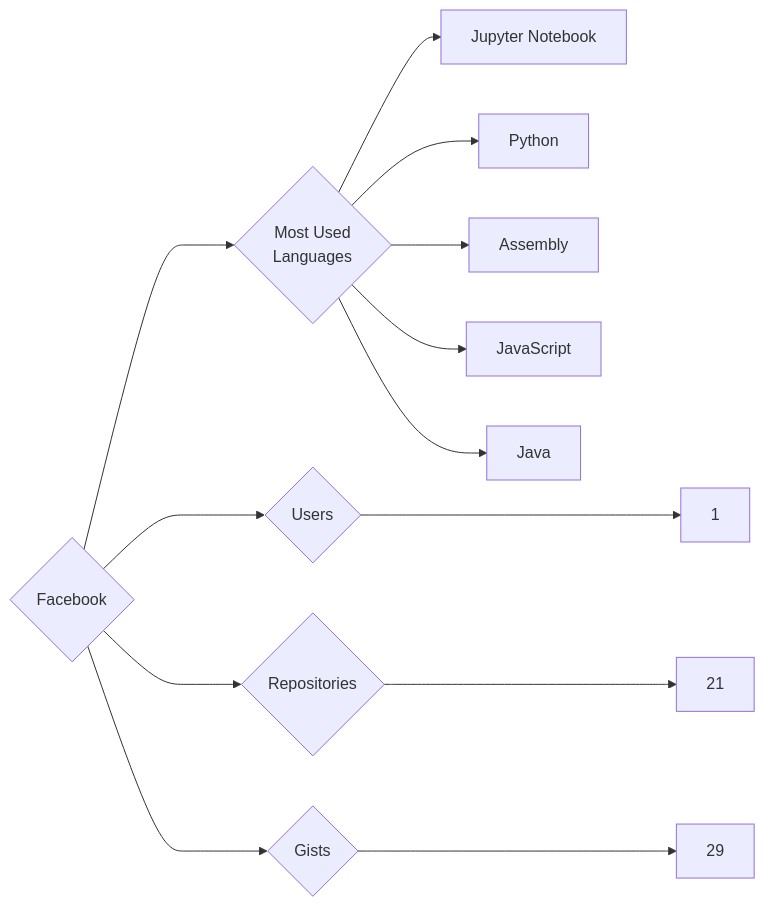
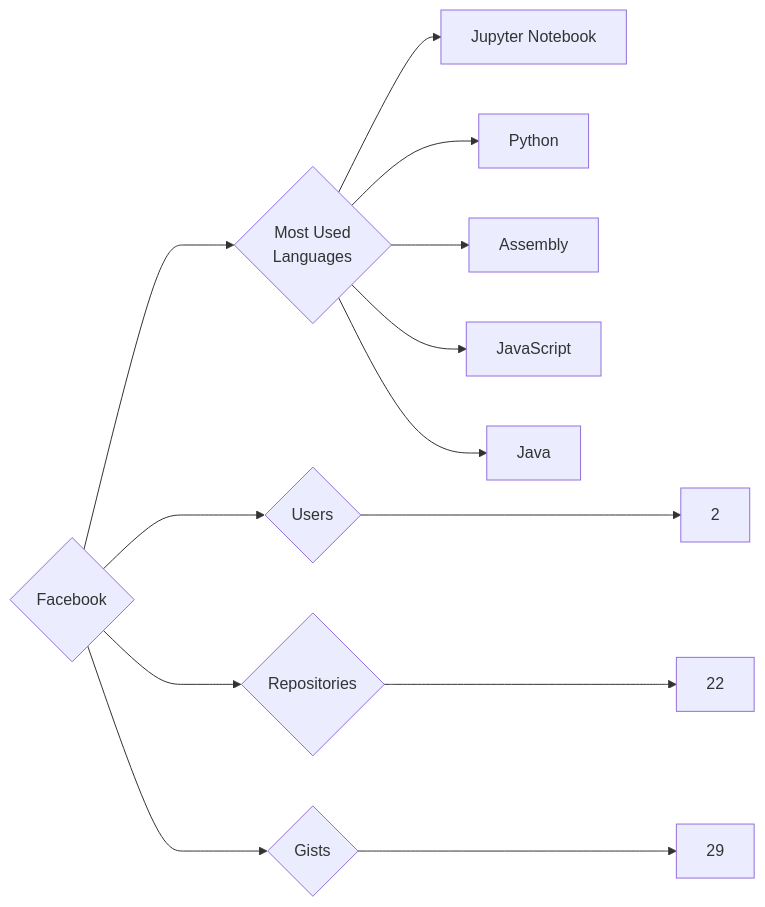
Before and after one commit to trickest/insiders: the diagram in targets/Facebook/README.md, drawn with Mermaid. The commit also changed 985 other files, not shown here.

````diff
--- a/targets/Facebook/README.md
+++ b/targets/Facebook/README.md
@@ -3,13 +3,13 @@
 ```mermaid
 graph LR
 COMPANY_NAME{Facebook}
-COMPANY_NAME ---> U{Users} ---> UN[1]
-COMPANY_NAME ---> R{Repositories} ---> RN[21]
+COMPANY_NAME ---> U{Users} ---> UN[2]
+COMPANY_NAME ---> R{Repositories} ---> RN[22]
 COMPANY_NAME ---> G{Gists} ---> GN[29]
 COMPANY_NAME ---> ML{Most Used<br>Languages}
 ML --> Jupyter_Notebook[Jupyter Notebook]
 ML --> Python[Python]
 ML --> Assembly[Assembly]
 ML --> JavaScript[JavaScript]
 ML --> Java[Java]
 ```
````
